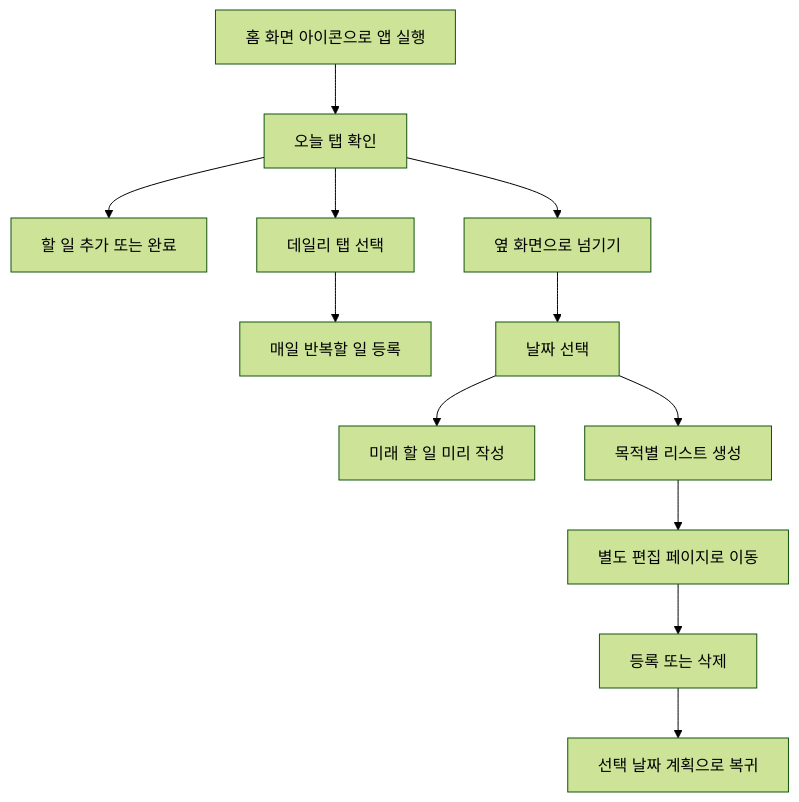
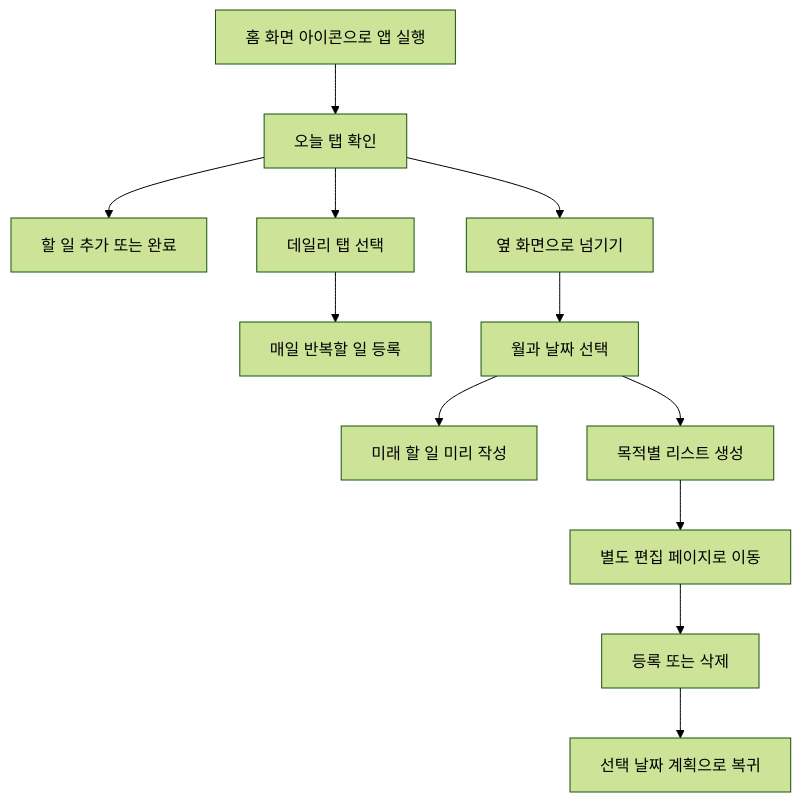
Before and after one commit to jiyeongoing/to-do-list-application: the first of 2 diagrams in docs/USER_FLOW.md, drawn with Mermaid (forest theme). The commit also changed other lines of this file and 9 other files, not shown here.

````diff
--- a/docs/USER_FLOW.md
+++ b/docs/USER_FLOW.md
@@ -5,14 +5,14 @@
 ```mermaid
 flowchart TD
     A["홈 화면 아이콘으로 앱 실행"] --> B["오늘 탭 확인"]
     B --> C["할 일 추가 또는 완료"]
     B --> D["데일리 탭 선택"]
     D --> E["매일 반복할 일 등록"]
     B --> F["옆 화면으로 넘기기"]
-    F --> G["날짜 선택"]
+    F --> G["월과 날짜 선택"]
     G --> H["미래 할 일 미리 작성"]
     G --> I["목적별 리스트 생성"]
     I --> J["별도 편집 페이지로 이동"]
     J --> K["등록 또는 삭제"]
     K --> L["선택 날짜 계획으로 복귀"]
 ```
````
